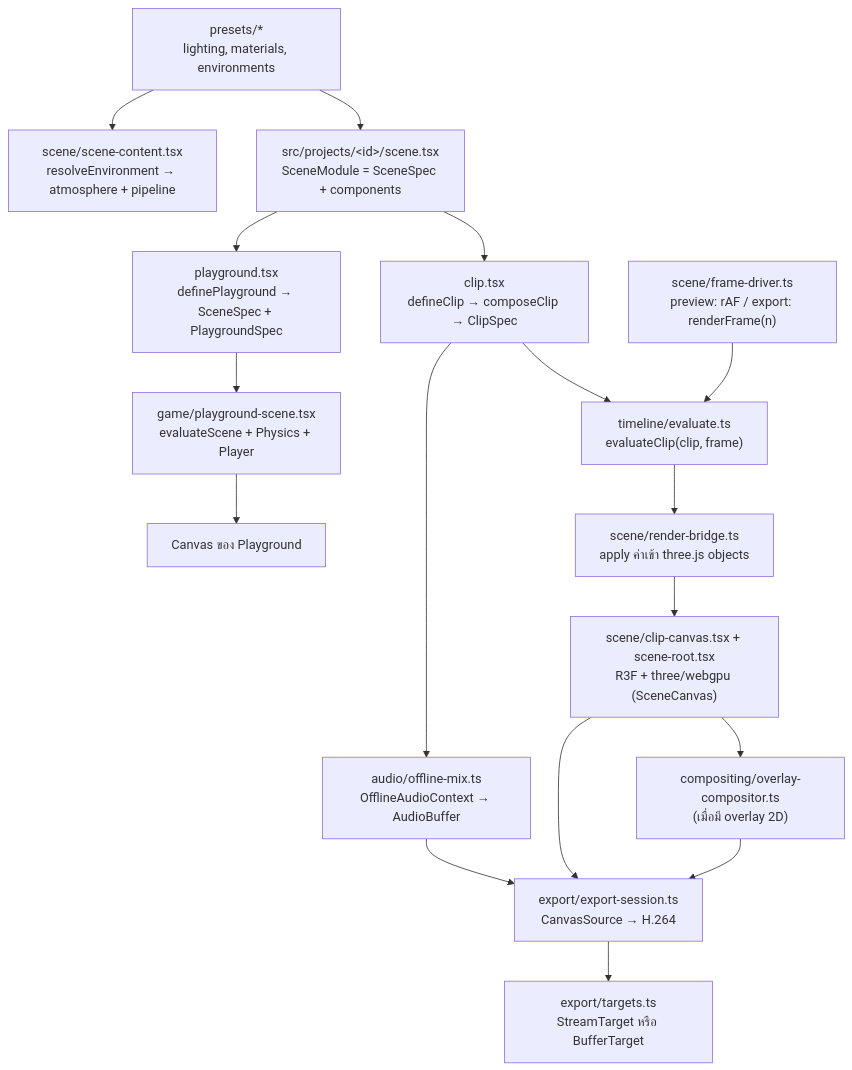
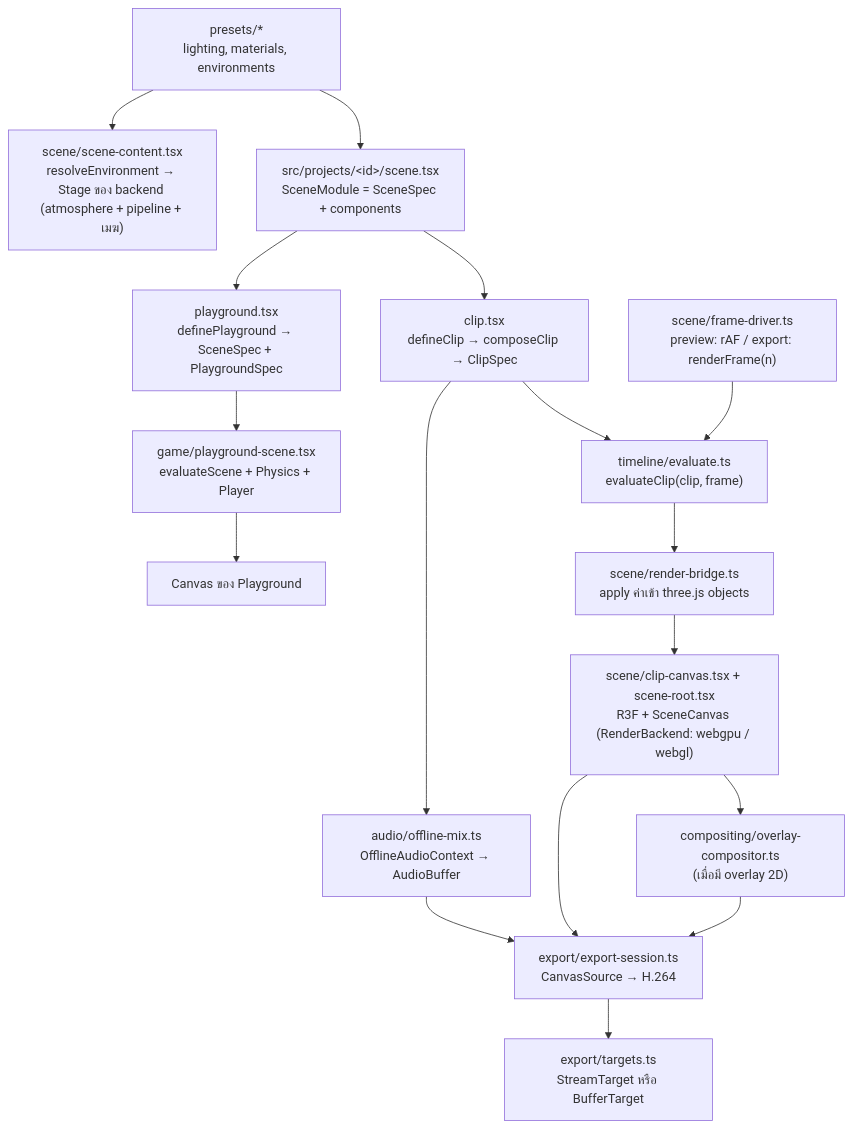
One commit to SaharatM864/three_3D_studio changed the diagram in docs/architecture.md. Above: the diagram before and after it, drawn with Mermaid. The commit also changed other lines of this file and 35 other files, not shown here.

First line of the commit message:
feat(scene): add WebGL backend for cloud rendering

````diff
--- a/docs/architecture.md
+++ b/docs/architecture.md
@@ -22,19 +22,19 @@
 ```mermaid
 flowchart TD
     S["src/projects/&lt;id&gt;/scene.tsx<br/>SceneModule = SceneSpec + components"] --> C["clip.tsx<br/>defineClip → composeClip → ClipSpec"]
     S --> PG["playground.tsx<br/>definePlayground → SceneSpec + PlaygroundSpec"]
     C --> E["timeline/evaluate.ts<br/>evaluateClip(clip, frame)"]
     E --> B["scene/render-bridge.ts<br/>apply ค่าเข้า three.js objects"]
     D["scene/frame-driver.ts<br/>preview: rAF / export: renderFrame(n)"] --> E
-    B --> R["scene/clip-canvas.tsx + scene-root.tsx<br/>R3F + three/webgpu (SceneCanvas)"]
+    B --> R["scene/clip-canvas.tsx + scene-root.tsx<br/>R3F + SceneCanvas (RenderBackend: webgpu / webgl)"]
     R --> O["compositing/overlay-compositor.ts<br/>(เมื่อมี overlay 2D)"]
     O --> X["export/export-session.ts<br/>CanvasSource → H.264"]
     R --> X
     C --> A["audio/offline-mix.ts<br/>OfflineAudioContext → AudioBuffer"]
     A --> X
     X --> T["export/targets.ts<br/>StreamTarget หรือ BufferTarget"]
     P["presets/*<br/>lighting, materials, environments"] --> S
-    P --> SC["scene/scene-content.tsx<br/>resolveEnvironment → atmosphere + pipeline"]
+    P --> SC["scene/scene-content.tsx<br/>resolveEnvironment → Stage ของ backend (atmosphere + pipeline + เมฆ)"]
     PG --> G["game/playground-scene.tsx<br/>evaluateScene + Physics + Player"]
     G --> R2["Canvas ของ Playground"]
 ```
````
